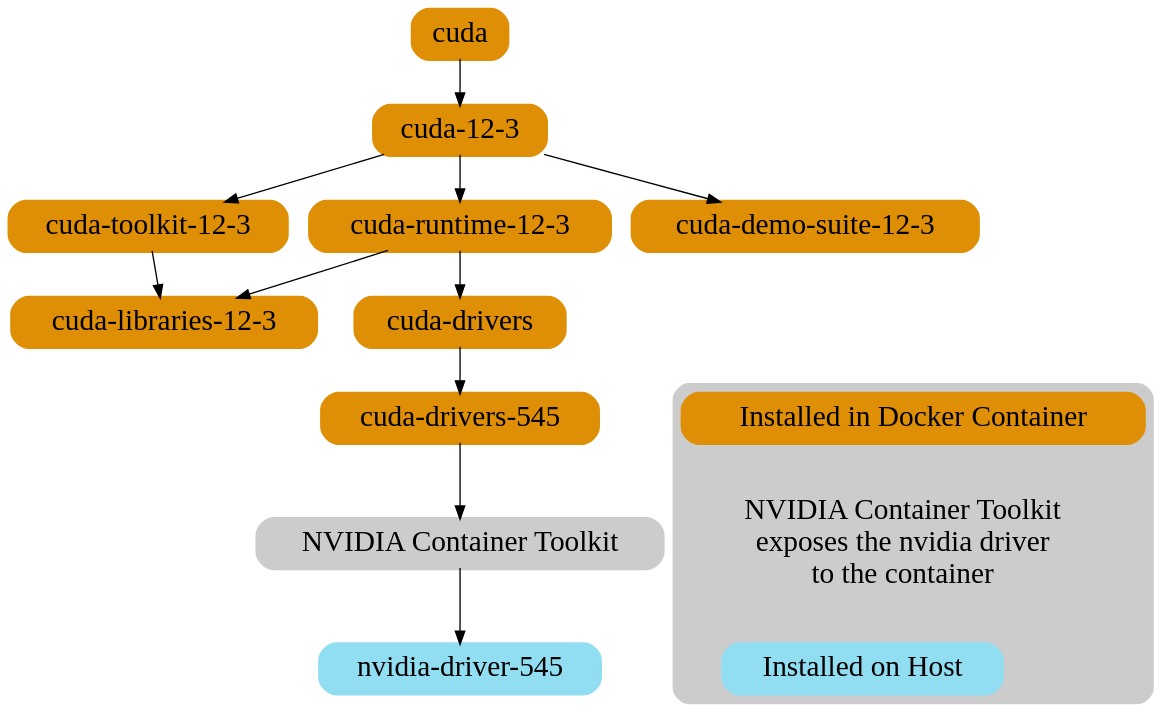
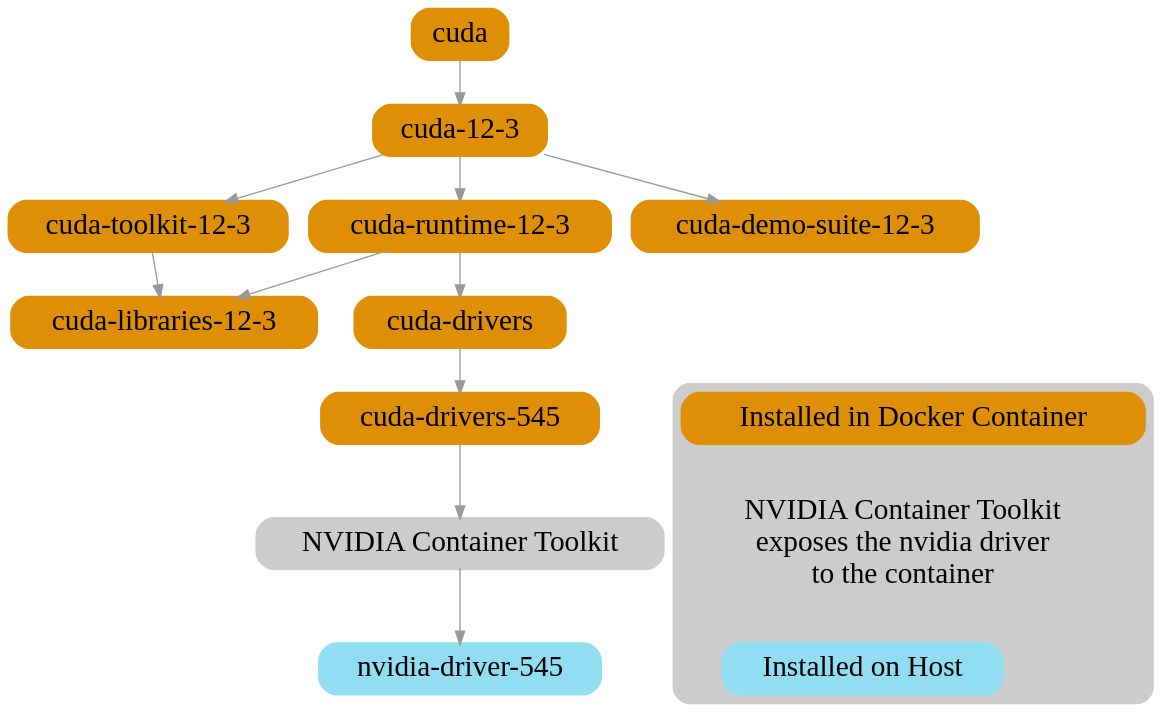
Before and after one commit to johnshaughnessy/osai-ubuntu: the diagram in nvidia-dependencies-simple.dot, drawn with Graphviz. The commit also changed 4 other files, not shown here.

```diff
--- a/nvidia-dependencies-simple.dot
+++ b/nvidia-dependencies-simple.dot
@@ -1,39 +1,43 @@
+// Generate the image with:
+// dot -Tpng nvidia-dependencies-simple.dot -o nvidia-dependencies-simple.png
+
 digraph dependencies {
     pad=0.2
     bgcolor=transparent
+    edge [color="#999999"];
 
     node [shape=box, style="rounded,filled", color="#de8f05", fontcolor="black", penwidth=4, fontsize=22];
 
     "cuda" -> "cuda-12-3";
     "cuda-12-3" -> "cuda-runtime-12-3";
     "cuda-12-3" -> "cuda-toolkit-12-3";
     "cuda-12-3" -> "cuda-demo-suite-12-3";
     "cuda-runtime-12-3" -> "cuda-libraries-12-3";
     "cuda-runtime-12-3" -> "cuda-drivers";
     "cuda-toolkit-12-3" -> "cuda-libraries-12-3";
     "cuda-drivers" -> "cuda-drivers-545";
     "cuda-drivers-545" -> "label"
     "label" -> "nvidia-driver-545" ;
     "label" [color="#cccccc", style="rounded,filled", fontsize="22", fontcolor="black", label="NVIDIA Container Toolkit",]
 
     "nvidia-driver-545" [color="#91DDF2", fontcolor="black"];
 
     subgraph cluster_legend {
         style="rounded,filled";
         color="#cccccc";
         edge [style=invis];
         docker [label="Installed in Docker Container", shape=box, style="rounded,filled", color="#de8f05", fontcolor="black"];
         host [label="Installed on Host", shape=box, style="rounded,filled", color="#91DDF2", fontcolor="black"];
         docker -> label2
         label2 -> host
         "label2" [color="#cccccc", style="rounded,filled", fontsize="22", fontcolor="black", label="NVIDIA Container Toolkit \n exposes the nvidia driver\nto the container",]
 
     }
 
     // "docker" -> "host"
     // HACK: Use invisible nodes to create space
 
     docker -> label [style="invis"];
     label -> host [style="invis"];
 
 }
```
